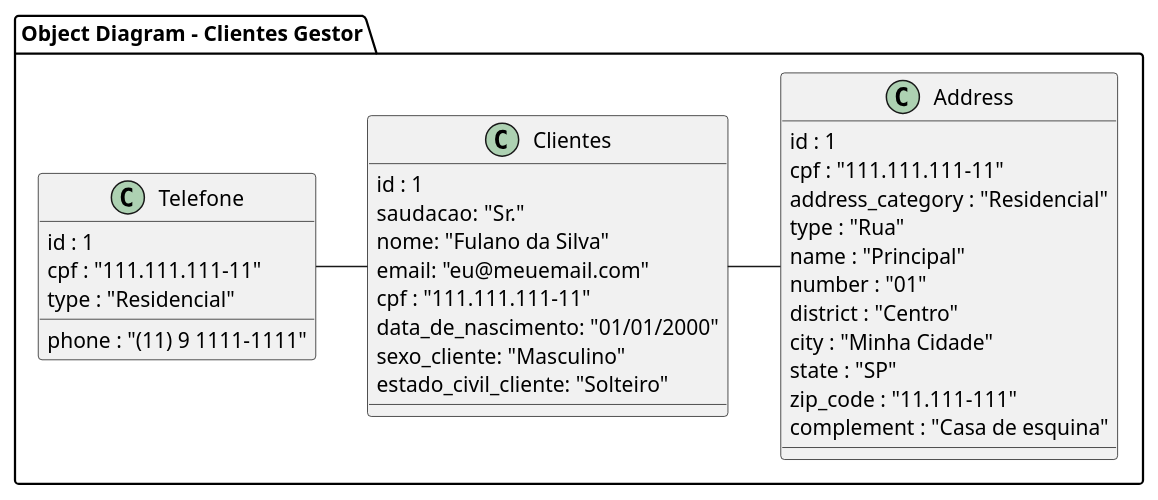
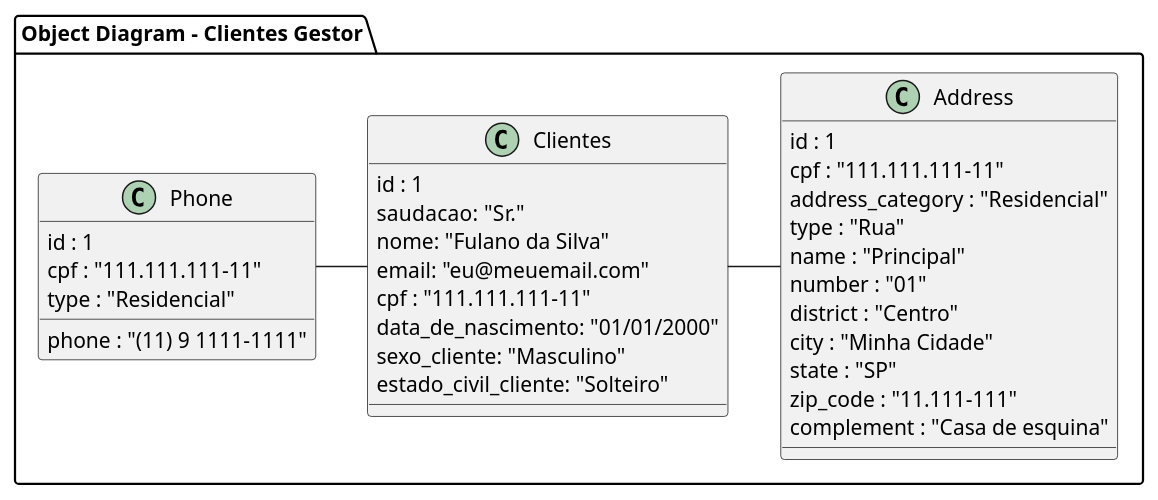
One commit to douglascarlos-dev/Clientes-Gestor changed the diagram in modelagem/diagrama_de_objetos.plantuml. Above: the diagram before and after it, drawn with PlantUML. The commit also changed 1 other file, not shown here.

```diff
--- a/modelagem/diagrama_de_objetos.plantuml
+++ b/modelagem/diagrama_de_objetos.plantuml
@@ -1,42 +1,42 @@
 @startuml Object Diagram
 
 package "Object Diagram - Clientes Gestor" {
 
 Clientes -right- Address
-Clientes -left- Telefone
+Clientes -left- Phone
 
 object Clientes {
   id : 1
   saudacao: "Sr."
   nome: "Fulano da Silva"
   email: "eu@meuemail.com"
   cpf : "111.111.111-11"
   data_de_nascimento: "01/01/2000"
   sexo_cliente: "Masculino"
   estado_civil_cliente: "Solteiro"
 }
 
 object Address {
   id : 1
   cpf : "111.111.111-11"
   address_category : "Residencial"
   type : "Rua"
   name : "Principal"
   number : "01"
   district : "Centro"
   city : "Minha Cidade"
   state : "SP"
   zip_code : "11.111-111"
   complement : "Casa de esquina"
 }
 
-object Telefone {
+object Phone {
   id : 1
   cpf : "111.111.111-11"
   phone : "(11) 9 1111-1111"
   type : "Residencial"
 }
 
 }
 
 @enduml
```
